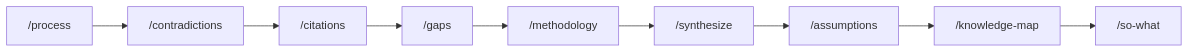
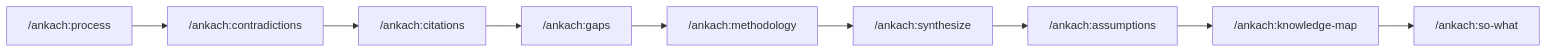
Before and after one commit to AAnkacHH/ankach-dev-framework: the first of 2 diagrams in workflows/research-analysis/README.md, drawn with Mermaid. The commit also changed other lines of this file and 24 other files, not shown here.

````diff
--- a/workflows/research-analysis/README.md
+++ b/workflows/research-analysis/README.md
@@ -5,5 +5,5 @@
 ```mermaid
 graph LR
-    A["/process"] --> B["/contradictions"] --> C["/citations"] --> D["/gaps"]
-    D --> E["/methodology"] --> F["/synthesize"] --> G["/assumptions"] --> H["/knowledge-map"] --> I["/so-what"]
+    A["/ankach:process"] --> B["/ankach:contradictions"] --> C["/ankach:citations"] --> D["/ankach:gaps"]
+    D --> E["/ankach:methodology"] --> F["/ankach:synthesize"] --> G["/ankach:assumptions"] --> H["/ankach:knowledge-map"] --> I["/ankach:so-what"]
 ```
````
